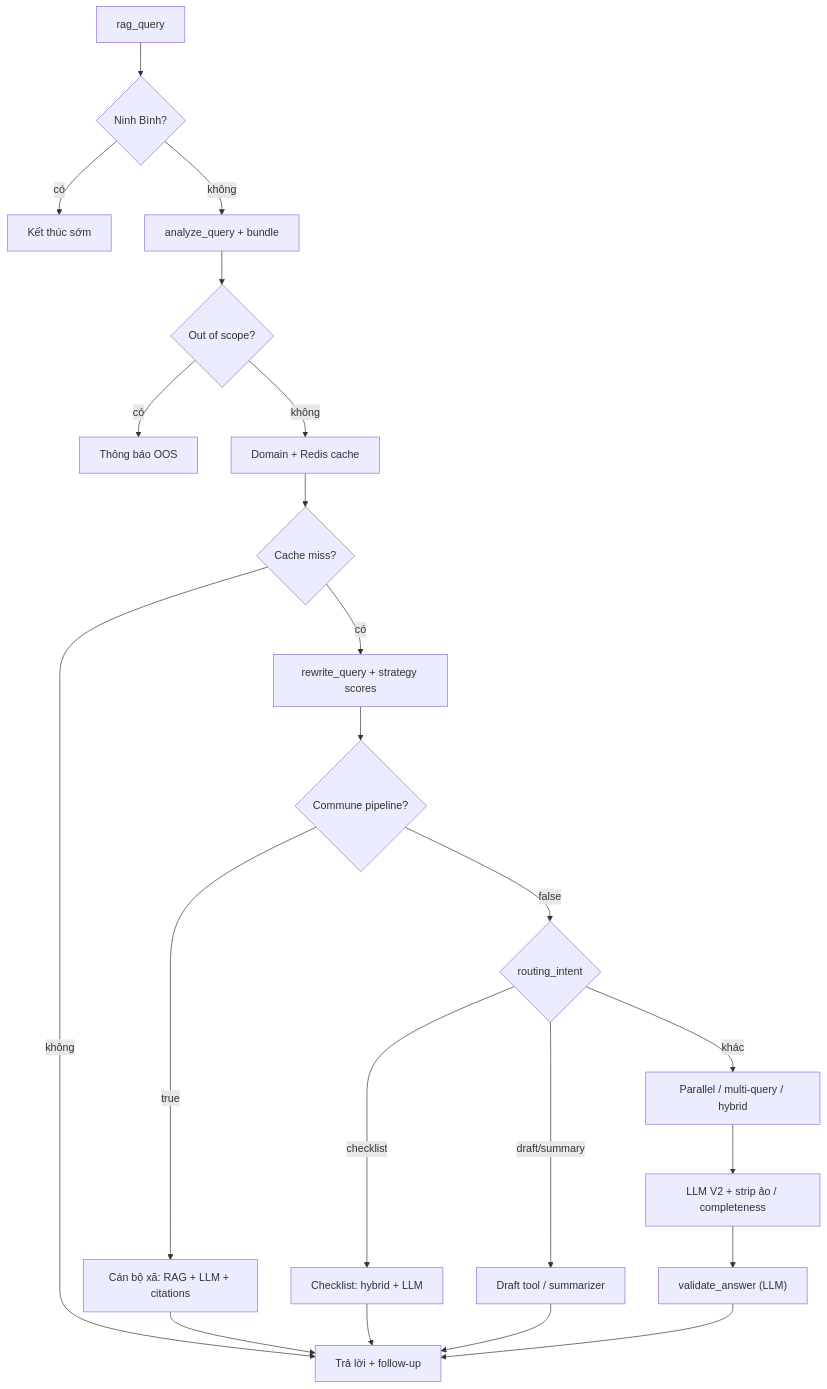
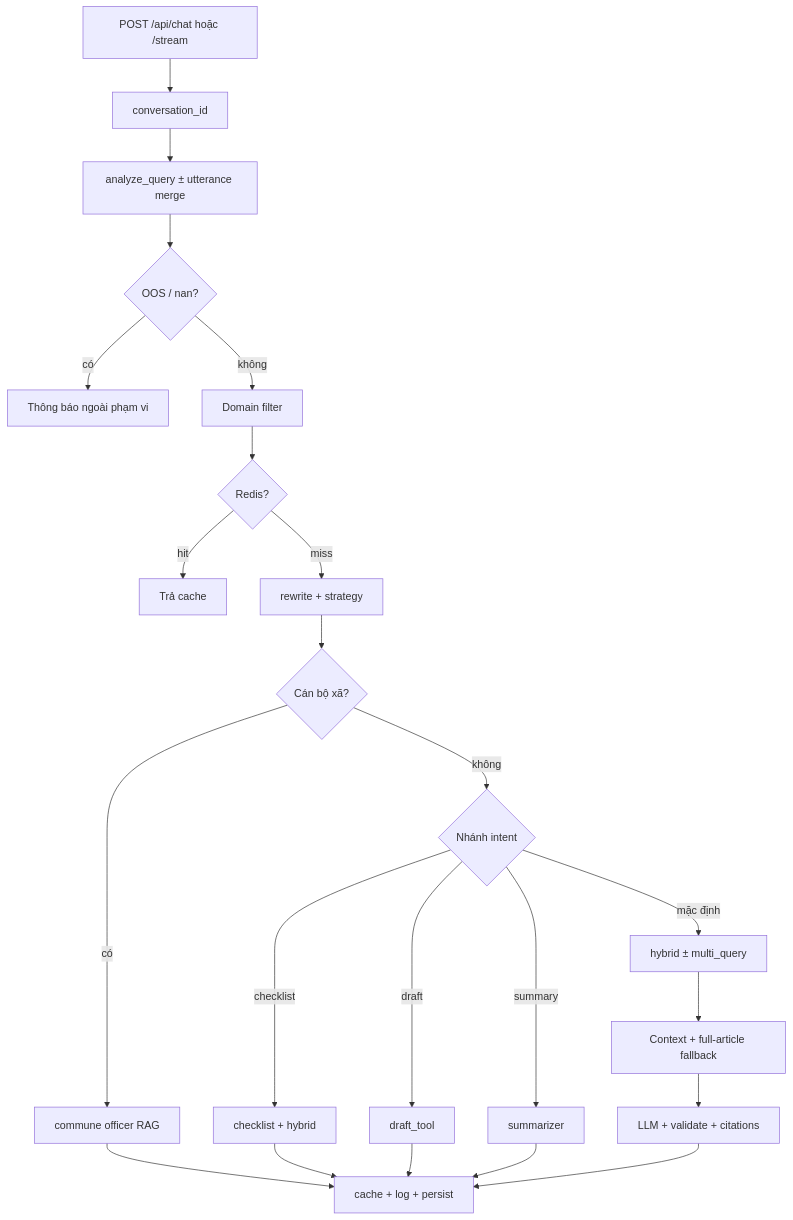
One commit to phamtho034ls/RAGCHATBOTV2 changed the third of 5 diagrams in README.md. Above: the diagram before and after it, drawn with Mermaid. The commit also changed other lines of this file and 38 other files, not shown here.

````diff
--- a/README.md
+++ b/README.md
@@ -304,24 +154,25 @@
 ```mermaid
 flowchart TD
-  RQ[rag_query] --> NB{Ninh Bình?}
-  NB -->|có| E1[Kết thúc sớm]
-  NB -->|không| AQ[analyze_query + bundle]
-  AQ --> OOS{Out of scope?}
-  OOS -->|có| E2[Thông báo OOS]
-  OOS -->|không| DOM[Domain + Redis cache]
-  DOM --> MISS{Cache miss?}
-  MISS -->|không| OUT[Trả lời + follow-up]
-  MISS -->|có| RW[rewrite_query + strategy scores]
-  RW --> CA{Commune pipeline?}
-  CA -->|true| CO[Cán bộ xã: RAG + LLM + citations]
-  CA -->|false| SP{routing_intent}
-  SP -->|checklist| CL[Checklist: hybrid + LLM]
-  SP -->|draft/summary| DS[Draft tool / summarizer]
-  SP -->|khác| HY[Parallel / multi-query / hybrid]
-  HY --> LLM[LLM V2 + strip ảo / completeness]
-  LLM --> VAL["validate_answer (LLM)"]
-  VAL --> OUT
-  CO --> OUT
-  CL --> OUT
-  DS --> OUT
+  HTTP[POST /api/chat hoặc /stream] --> CONV[conversation_id]
+  CONV --> AQ[analyze_query ± utterance merge]
+  AQ --> OOS{OOS / nan?}
+  OOS -->|có| END1[Thông báo ngoài phạm vi]
+  OOS -->|không| DOM[Domain filter]
+  DOM --> CACHE{Redis?}
+  CACHE -->|hit| OUT[Trả cache]
+  CACHE -->|miss| RW[rewrite + strategy]
+  RW --> COM{Cán bộ xã?}
+  COM -->|có| CO[commune officer RAG]
+  COM -->|không| BR{Nhánh intent}
+  BR -->|checklist| CL[checklist + hybrid]
+  BR -->|draft| DR[draft_tool]
+  BR -->|summary| SM[summarizer]
+  BR -->|mặc định| HY[hybrid ± multi_query]
+  HY --> CTX[Context + full-article fallback]
+  CTX --> LLM[LLM + validate + citations]
+  LLM --> FIN[cache + log + persist]
+  CO --> FIN
+  CL --> FIN
+  DR --> FIN
+  SM --> FIN
 ```
````
